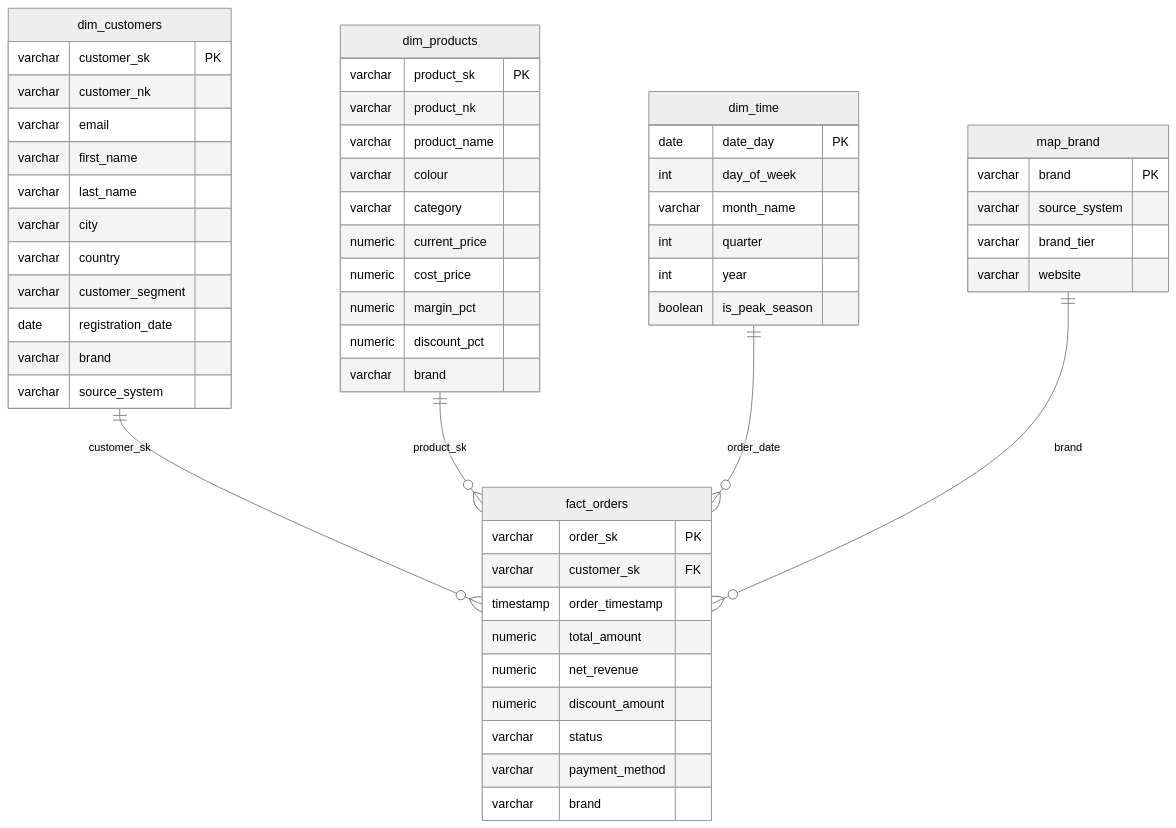
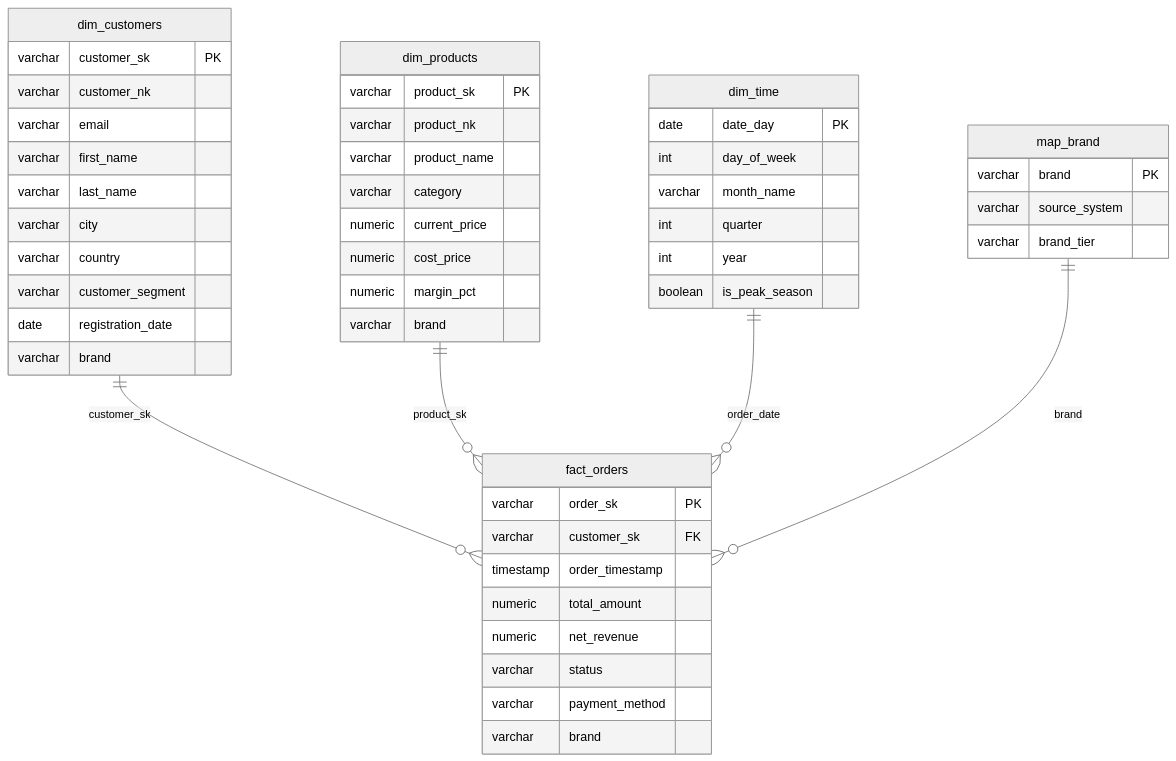
The third of 4 diagrams in README.md (TimiOlayinka/boohoo-data-pipeline), drawn with Mermaid (neutral theme) before and after one commit. The commit also changed other lines of this file, not shown here.

Commit message:
docs: fix Mermaid diagrams for GitHub rendering

````diff
--- a/README.md
+++ b/README.md
@@ -120,62 +104,57 @@
 ```mermaid
 erDiagram
-    dim_customers ||--o{ fact_orders : "customer_sk"
-    dim_products ||--o{ fact_orders : "product_sk"
-    dim_time ||--o{ fact_orders : "order_date"
-    map_brand ||--o{ fact_orders : "brand"
+    dim_customers ||--o{ fact_orders : customer_sk
+    dim_products ||--o{ fact_orders : product_sk
+    dim_time ||--o{ fact_orders : order_date
+    map_brand ||--o{ fact_orders : brand
 
     dim_customers {
         varchar customer_sk PK
         varchar customer_nk
         varchar email
         varchar first_name
         varchar last_name
         varchar city
         varchar country
         varchar customer_segment
         date registration_date
         varchar brand
-        varchar source_system
     }
 
     dim_products {
         varchar product_sk PK
         varchar product_nk
         varchar product_name
-        varchar colour
         varchar category
         numeric current_price
         numeric cost_price
         numeric margin_pct
-        numeric discount_pct
         varchar brand
     }
 
     fact_orders {
         varchar order_sk PK
         varchar customer_sk FK
         timestamp order_timestamp
         numeric total_amount
         numeric net_revenue
-        numeric discount_amount
         varchar status
         varchar payment_method
         varchar brand
     }
 
     dim_time {
         date date_day PK
         int day_of_week
         varchar month_name
         int quarter
         int year
         boolean is_peak_season
     }
 
     map_brand {
         varchar brand PK
         varchar source_system
         varchar brand_tier
-        varchar website
     }
 ```
````
